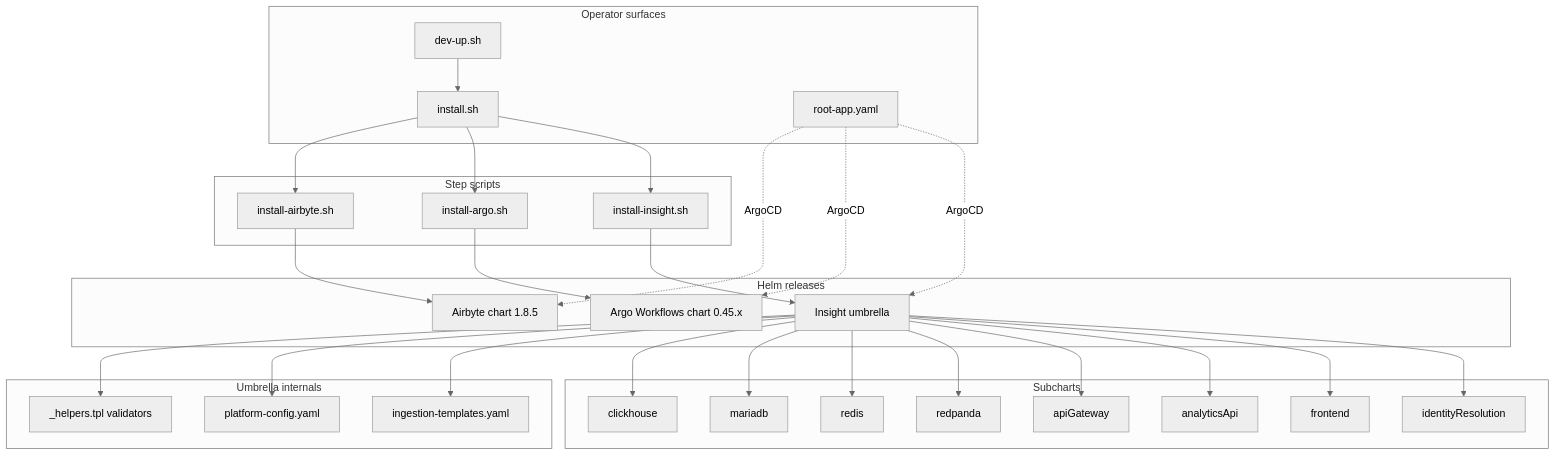
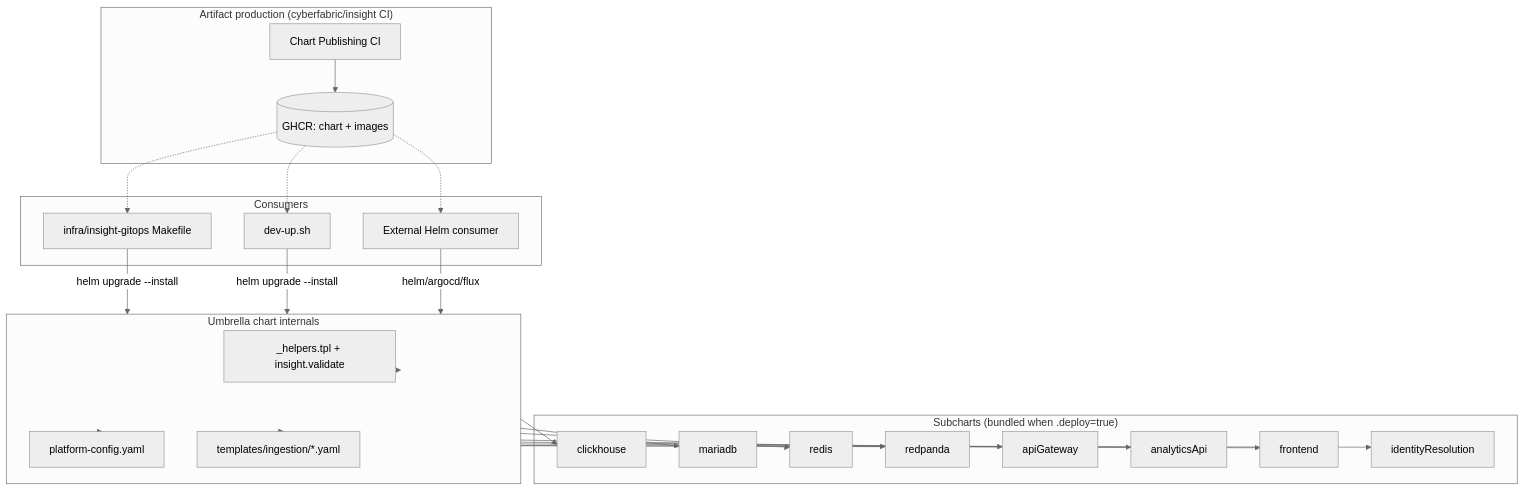
Before and after one commit to constructorfabric/insight: the first of 5 diagrams in docs/components/deployment/specs/DESIGN.md, drawn with Mermaid (neutral theme). The commit also changed other lines of this file, not shown here.

First line of the commit message:
docs(deployment): rewrite DESIGN for chart-as-artifact model

````diff
--- a/docs/components/deployment/specs/DESIGN.md
+++ b/docs/components/deployment/specs/DESIGN.md
@@ -234,59 +264,49 @@
 ```mermaid
 graph TB
-    subgraph Operator["Operator surfaces"]
-        DevUp[dev-up.sh]
-        Install[install.sh]
-        RootApp[root-app.yaml]
+    subgraph CI["Artifact production (cyberfabric/insight CI)"]
+        Publish[Chart Publishing CI]
+        GHCR[(GHCR: chart + images)]
     end
 
-    subgraph Steps["Step scripts"]
-        IA[install-airbyte.sh]
-        IG[install-argo.sh]
-        II[install-insight.sh]
+    subgraph Consumers["Consumers"]
+        Gitops[infra/insight-gitops Makefile]
+        DevUp[dev-up.sh]
+        External[External Helm consumer]
     end
 
-    subgraph Charts["Helm releases"]
-        Airbyte[Airbyte chart 1.8.5]
-        Argo[Argo Workflows chart 0.45.x]
-        Umbrella[Insight umbrella]
+    subgraph Umbrella["Umbrella chart internals"]
+        Helpers[_helpers.tpl + insight.validate]
+        PlatformCM[platform-config.yaml]
+        IngestionTpl[templates/ingestion/*.yaml]
     end
 
-    subgraph UmbrellaInternals["Umbrella internals"]
-        Helpers[_helpers.tpl validators]
-        PlatformCM[platform-config.yaml]
-        IngestionTpl[ingestion-templates.yaml]
-    end
-
-    subgraph Sub["Subcharts"]
+    subgraph Sub["Subcharts (bundled when <svc>.deploy=true)"]
         CH[clickhouse]
         MD[mariadb]
         RD[redis]
         RP[redpanda]
         APIGW[apiGateway]
         AA[analyticsApi]
         FE[frontend]
         IR[identityResolution]
     end
 
-    DevUp --> Install
-    Install --> IA
-    Install --> IG
-    Install --> II
-    RootApp -.->|ArgoCD| Airbyte
-    RootApp -.->|ArgoCD| Argo
-    RootApp -.->|ArgoCD| Umbrella
-    IA --> Airbyte
-    IG --> Argo
-    II --> Umbrella
+    Publish --> GHCR
+    GHCR -.-> Gitops
+    GHCR -.-> DevUp
+    GHCR -.-> External
+    Gitops -->|helm upgrade --install| Umbrella
+    DevUp -->|helm upgrade --install| Umbrella
+    External -->|helm/argocd/flux| Umbrella
     Umbrella --> Helpers
     Umbrella --> PlatformCM
     Umbrella --> IngestionTpl
     Umbrella --> CH
     Umbrella --> MD
     Umbrella --> RD
     Umbrella --> RP
     Umbrella --> APIGW
     Umbrella --> AA
     Umbrella --> FE
     Umbrella --> IR
 ```
````
